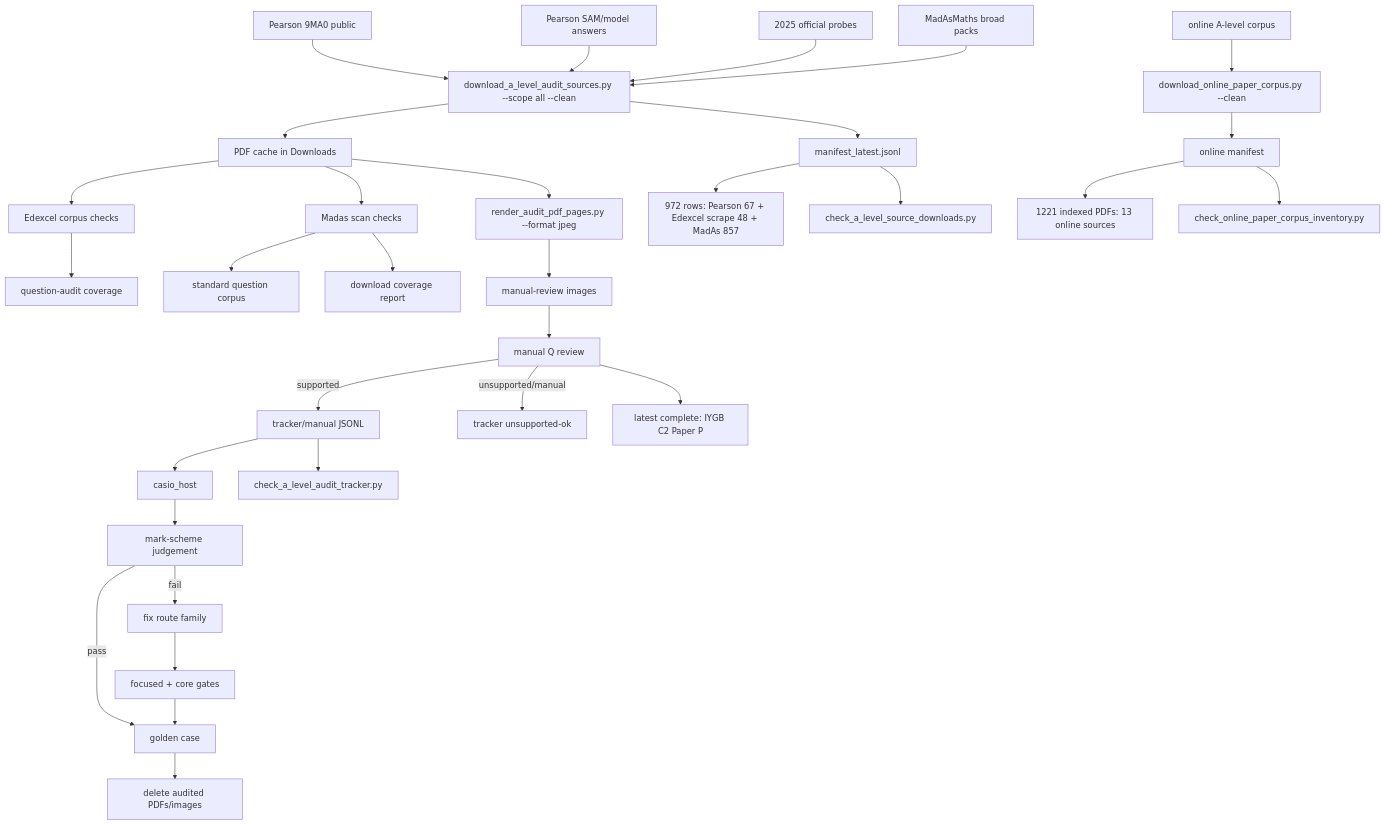
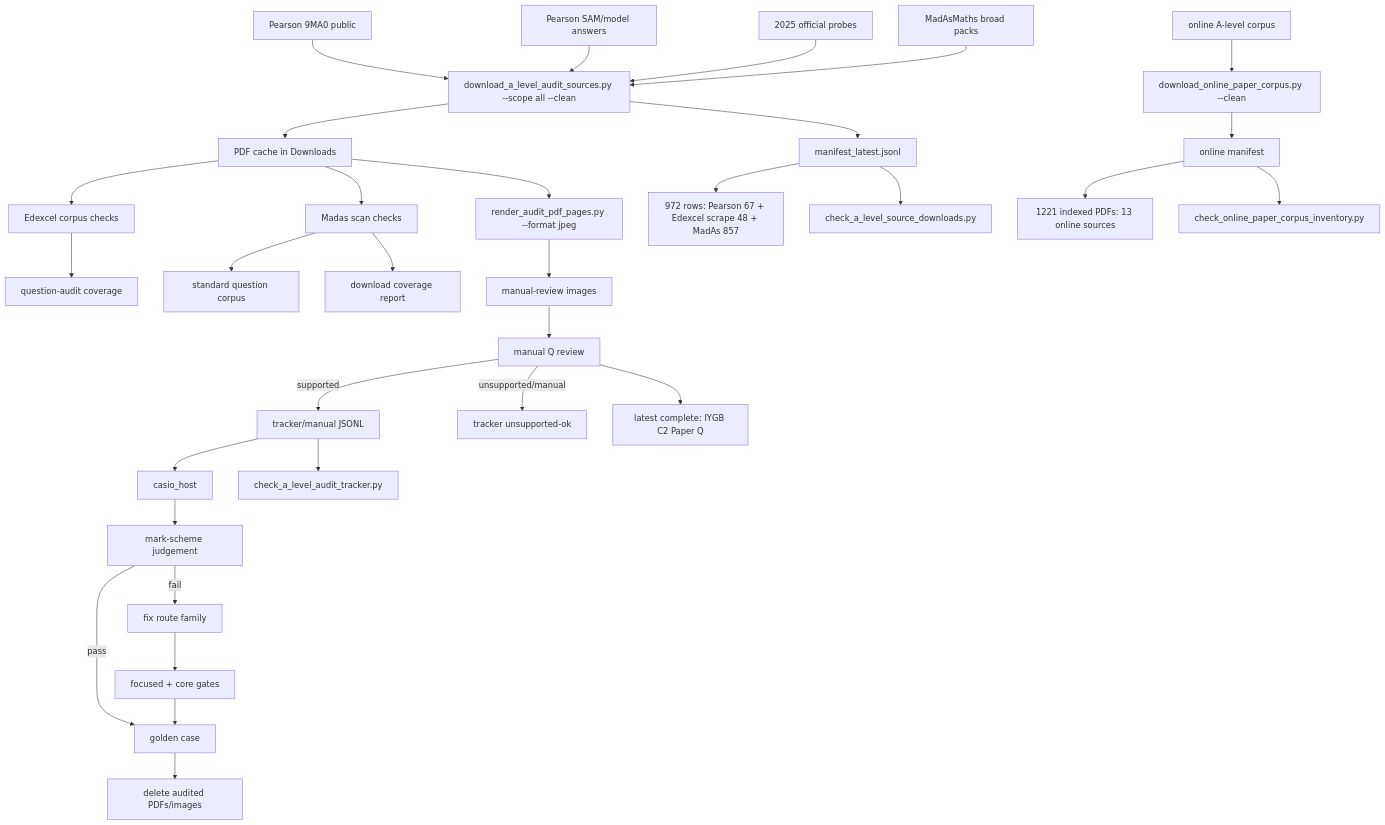
One commit to james8464/notes-addin-casio-fx-cg50 changed the diagram in c++/tools/golden/a_level_audit_graph.md. Above: the diagram before and after it, drawn with Mermaid. The commit also changed other lines of this file and 2 other files, not shown here.

Commit message:
Audit IYGB C2 Paper Q

````diff
--- a/c++/tools/golden/a_level_audit_graph.md
+++ b/c++/tools/golden/a_level_audit_graph.md
@@ -3,34 +3,34 @@
 ```mermaid
 graph TD
   E1["Pearson 9MA0 public"] --> D["download_a_level_audit_sources.py --scope all --clean"]
   E2["Pearson SAM/model answers"] --> D
   E3["2025 official probes"] --> D
   M1["MadAsMaths broad packs"] --> D
   O1["online A-level corpus"] --> OD["download_online_paper_corpus.py --clean"]
   D --> P["PDF cache in Downloads"]
   D --> X["manifest_latest.jsonl"]
   OD --> OX["online manifest"]
   X --> XC["972 rows: Pearson 67 + Edexcel scrape 48 + MadAs 857"]
   OX --> OC["1221 indexed PDFs: 13 online sources"]
   X --> V["check_a_level_source_downloads.py"]
   OX --> OV["check_online_paper_corpus_inventory.py"]
   P --> E["Edexcel corpus checks"]
   E --> EQ["question-audit coverage"]
   P --> S["Madas scan checks"]
   S --> M["standard question corpus"]
   S --> MC["download coverage report"]
   P --> R["render_audit_pdf_pages.py --format jpeg"]
   R --> I["manual-review images"]
   I --> Q["manual Q review"]
   Q -->|supported| J["tracker/manual JSONL"]
   Q -->|unsupported/manual| U["tracker unsupported-ok"]
   J --> H["casio_host"]
   J --> K["check_a_level_audit_tracker.py"]
   H --> C["mark-scheme judgement"]
   C -->|pass| G["golden case"]
   C -->|fail| F["fix route family"]
   F --> T["focused + core gates"]
   T --> G
   G --> Z["delete audited PDFs/images"]
-  Q --> Qt["latest complete: IYGB C2 Paper P"]
+  Q --> Qt["latest complete: IYGB C2 Paper Q"]
 ```
````
